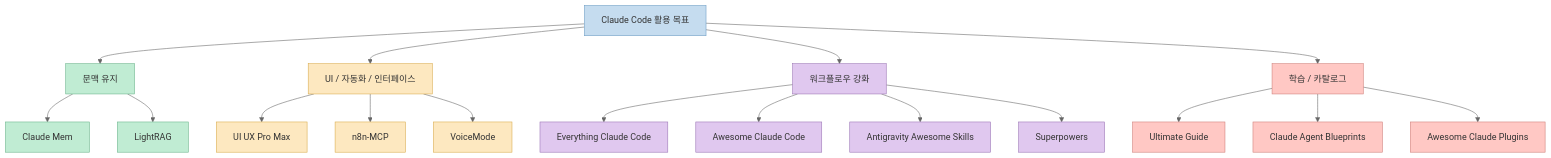
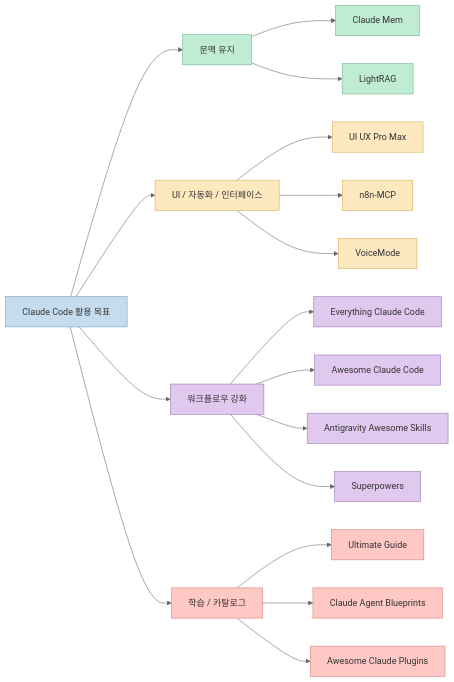
The first of 2 diagrams in content/post/2026/04/2026-04-05-best-claude-code-github-repos-2026.md (gyuha/gyuha.github.io), drawn with Mermaid (neutral theme) before and after one commit. The commit also changed 2 other files, not shown here.

Commit message:
build: rebuild site 2026-04-05 00:59:01

````diff
--- a/content/post/2026/04/2026-04-05-best-claude-code-github-repos-2026.md
+++ b/content/post/2026/04/2026-04-05-best-claude-code-github-repos-2026.md
@@ -36,35 +36,35 @@
 ```mermaid
-flowchart TD
+flowchart LR
     Start["Claude Code 활용 목표"] --> M["문맥 유지"]
     Start --> U["UI / 자동화 / 인터페이스"]
     Start --> W["워크플로우 강화"]
     Start --> L["학습 / 카탈로그"]
 
     M --> M1["Claude Mem"]
     M --> M2["LightRAG"]
 
     U --> U1["UI UX Pro Max"]
     U --> U2["n8n-MCP"]
     U --> U3["VoiceMode"]
 
     W --> W1["Everything Claude Code"]
     W --> W2["Awesome Claude Code"]
     W --> W3["Antigravity Awesome Skills"]
     W --> W4["Superpowers"]
 
     L --> L1["Ultimate Guide"]
     L --> L2["Claude Agent Blueprints"]
     L --> L3["Awesome Claude Plugins"]
 
     classDef rootTone fill:#c5dcef,color:#333,stroke:#6d9dc5,stroke-width:1px;
     classDef memoryTone fill:#c0ecd3,color:#333,stroke:#6ab38a,stroke-width:1px;
     classDef interfaceTone fill:#fde8c0,color:#333,stroke:#d9ab4d,stroke-width:1px;
     classDef workflowTone fill:#e0c8ef,color:#333,stroke:#9a74b5,stroke-width:1px;
     classDef learningTone fill:#ffc8c4,color:#333,stroke:#cf7f79,stroke-width:1px;
 
     class Start rootTone
     class M,M1,M2 memoryTone
     class U,U1,U2,U3 interfaceTone
     class W,W1,W2,W3,W4 workflowTone
     class L,L1,L2,L3 learningTone
 ```
````
